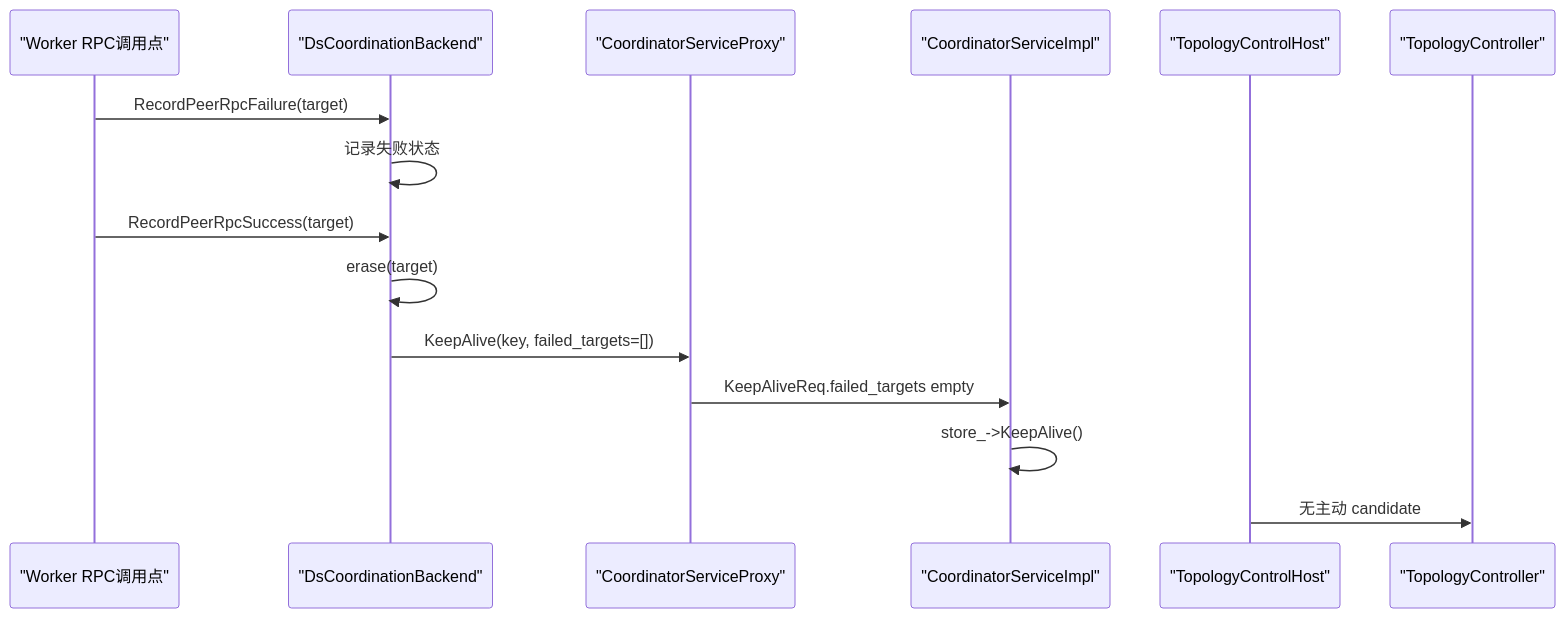
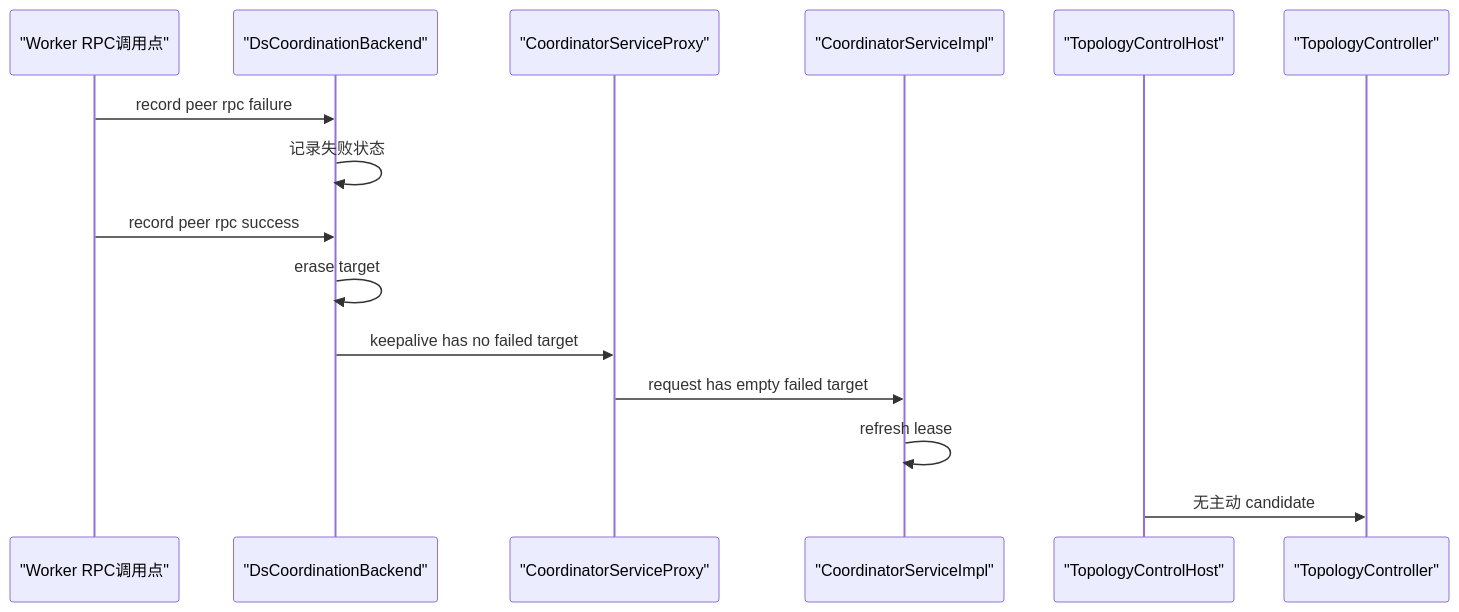
One commit to CheYulin/yuanrong-datasystem-agent-workbench changed the second of 5 diagrams in rfc/2026-08-04-client-fast-failover-isolation/detailed-design.md. Above: the diagram before and after it, drawn with Mermaid. The commit also changed other lines of this file and 3 other files, not shown here.

````diff
--- a/rfc/2026-08-04-client-fast-failover-isolation/detailed-design.md
+++ b/rfc/2026-08-04-client-fast-failover-isolation/detailed-design.md
@@ -252,18 +252,18 @@
 ```mermaid
 sequenceDiagram
     participant RPC as "Worker RPC调用点"
     participant B as "DsCoordinationBackend"
     participant P as "CoordinatorServiceProxy"
     participant S as "CoordinatorServiceImpl"
     participant H as "TopologyControlHost"
     participant T as "TopologyController"
 
-    RPC->>B: RecordPeerRpcFailure(target)
+    RPC->>B: record peer rpc failure
     B->>B: 记录失败状态
-    RPC->>B: RecordPeerRpcSuccess(target)
-    B->>B: erase(target)
-    B->>P: KeepAlive(key, failed_targets=[])
-    P->>S: KeepAliveReq.failed_targets empty
-    S->>S: store_->KeepAlive()
+    RPC->>B: record peer rpc success
+    B->>B: erase target
+    B->>P: keepalive has no failed target
+    P->>S: request has empty failed target
+    S->>S: refresh lease
     H->>T: 无主动 candidate
 ```
````
